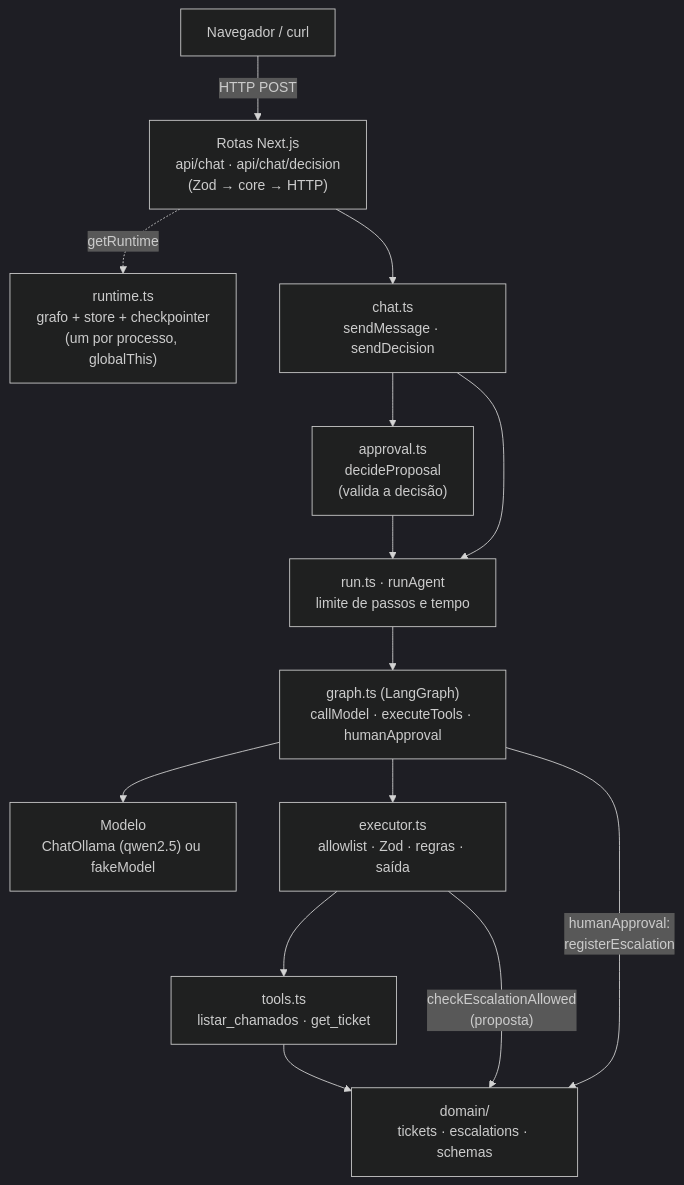
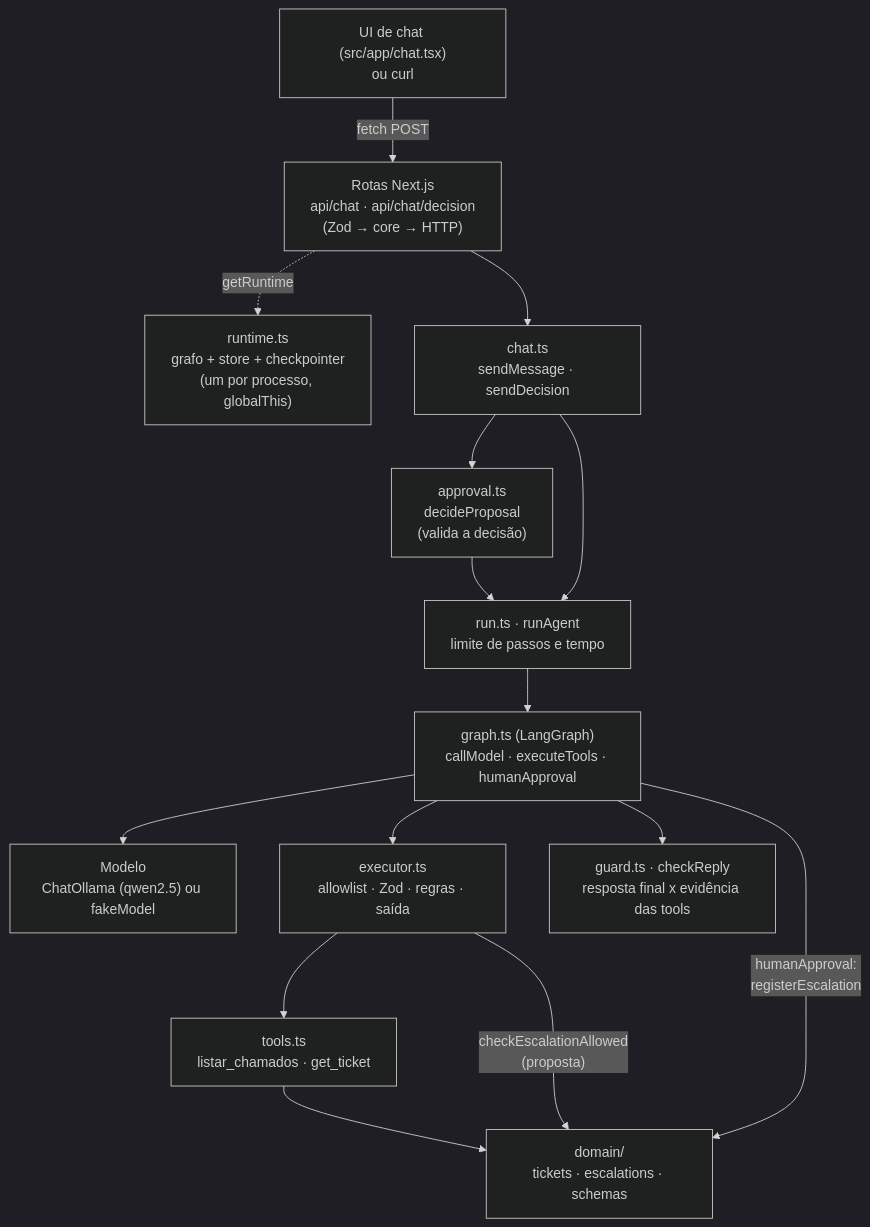
One commit to gpmoura4/qwantyco-project changed the first of 8 diagrams in docs/fluxo.md. Above: the diagram before and after it, drawn with Mermaid (dark theme). The commit also changed other lines of this file and 16 other files, not shown here.

Commit message:
feat: chat UI, escalation status source of truth and reply guard

````diff
--- a/docs/fluxo.md
+++ b/docs/fluxo.md
@@ -12,16 +12,17 @@
 ```mermaid
 flowchart TD
-    C["Navegador / curl"] -->|"HTTP POST"| R["Rotas Next.js<br/>api/chat · api/chat/decision<br/>(Zod → core → HTTP)"]
+    C["UI de chat (src/app/chat.tsx)<br/>ou curl"] -->|"fetch POST"| R["Rotas Next.js<br/>api/chat · api/chat/decision<br/>(Zod → core → HTTP)"]
     R -.->|getRuntime| RT["runtime.ts<br/>grafo + store + checkpointer<br/>(um por processo, globalThis)"]
     R --> CH["chat.ts<br/>sendMessage · sendDecision"]
     CH --> AP["approval.ts<br/>decideProposal<br/>(valida a decisão)"]
     CH --> RUN["run.ts · runAgent<br/>limite de passos e tempo"]
     AP --> RUN
     RUN --> G["graph.ts (LangGraph)<br/>callModel · executeTools · humanApproval"]
     G --> M["Modelo<br/>ChatOllama (qwen2.5) ou fakeModel"]
     G --> X["executor.ts<br/>allowlist · Zod · regras · saída"]
+    G --> GD["guard.ts · checkReply<br/>resposta final x evidência das tools"]
     X --> T["tools.ts<br/>listar_chamados · get_ticket"]
     T --> D["domain/<br/>tickets · escalations · schemas"]
     G -->|"humanApproval:<br/>registerEscalation"| D
     X -->|"checkEscalationAllowed<br/>(proposta)"| D
 ```
````
